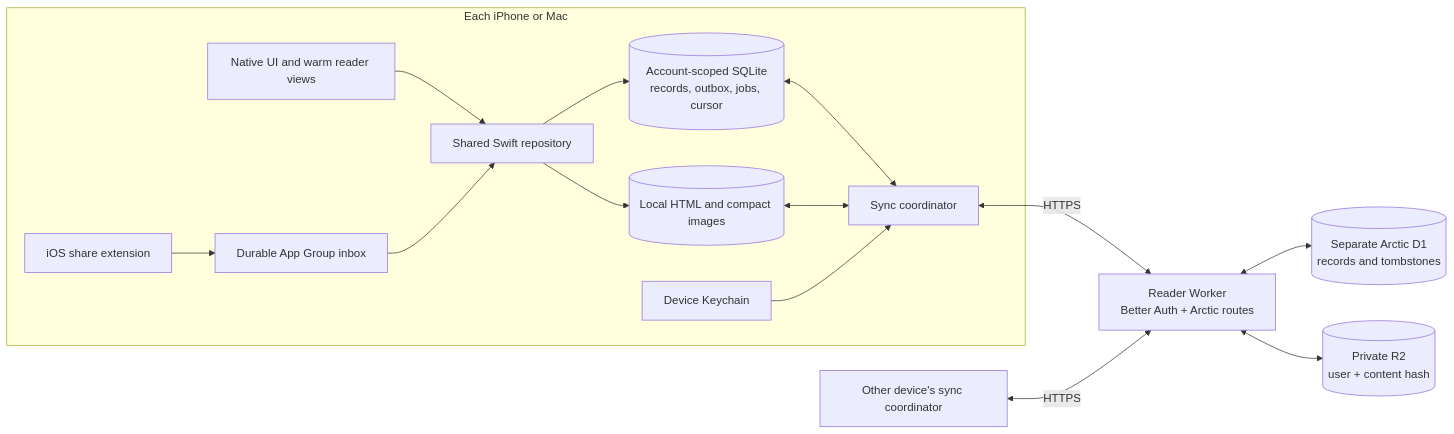
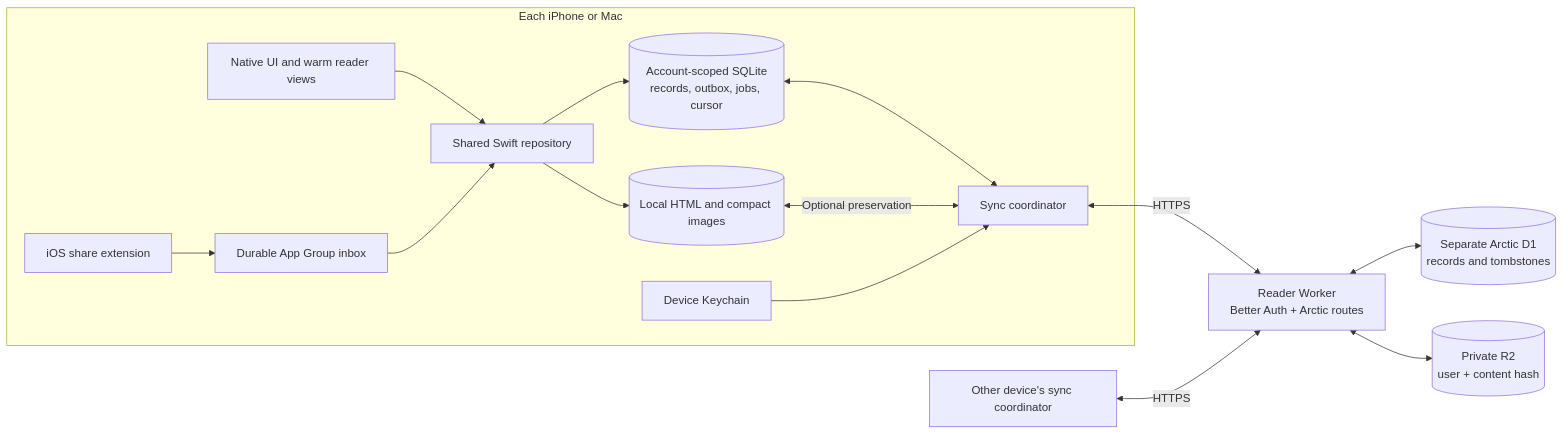
One commit to zsh-eng/workbench changed the first of 3 diagrams in apps/arctic/SYNC_DESIGN.md. Above: the diagram before and after it, drawn with Mermaid. The commit also changed other lines of this file, not shown here.

Commit message:
Prioritize Arctic user records and make media sync optional

````diff
--- a/apps/arctic/SYNC_DESIGN.md
+++ b/apps/arctic/SYNC_DESIGN.md
@@ -16,17 +16,17 @@
 ```mermaid
 flowchart LR
   subgraph Device[Each iPhone or Mac]
     UI[Native UI and warm reader views] --> Repo[Shared Swift repository]
     Share[iOS share extension] --> Inbox[Durable App Group inbox]
     Inbox --> Repo
     Repo --> DB[(Account-scoped SQLite\nrecords, outbox, jobs, cursor)]
     Repo --> Files[(Local HTML and compact images)]
     DB <--> Sync[Sync coordinator]
-    Files <--> Sync
+    Files <-->|Optional preservation| Sync
     Keys[Device Keychain] --> Sync
   end
   Sync <-->|HTTPS| API[Reader Worker\nBetter Auth + Arctic routes]
   API <--> D1[(Separate Arctic D1\nrecords and tombstones)]
   API <--> R2[(Private R2\nuser + content hash)]
   Other[Other device's sync coordinator] <-->|HTTPS| API
 ```
````
